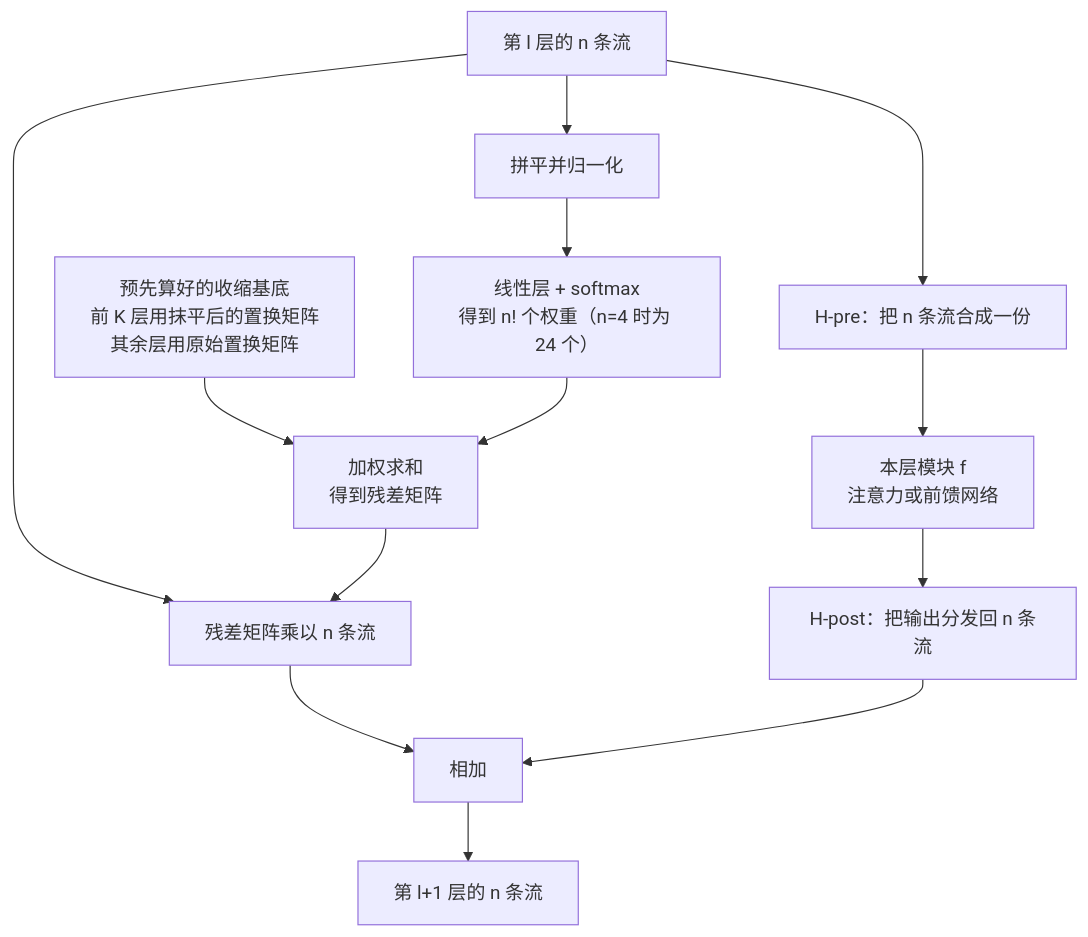
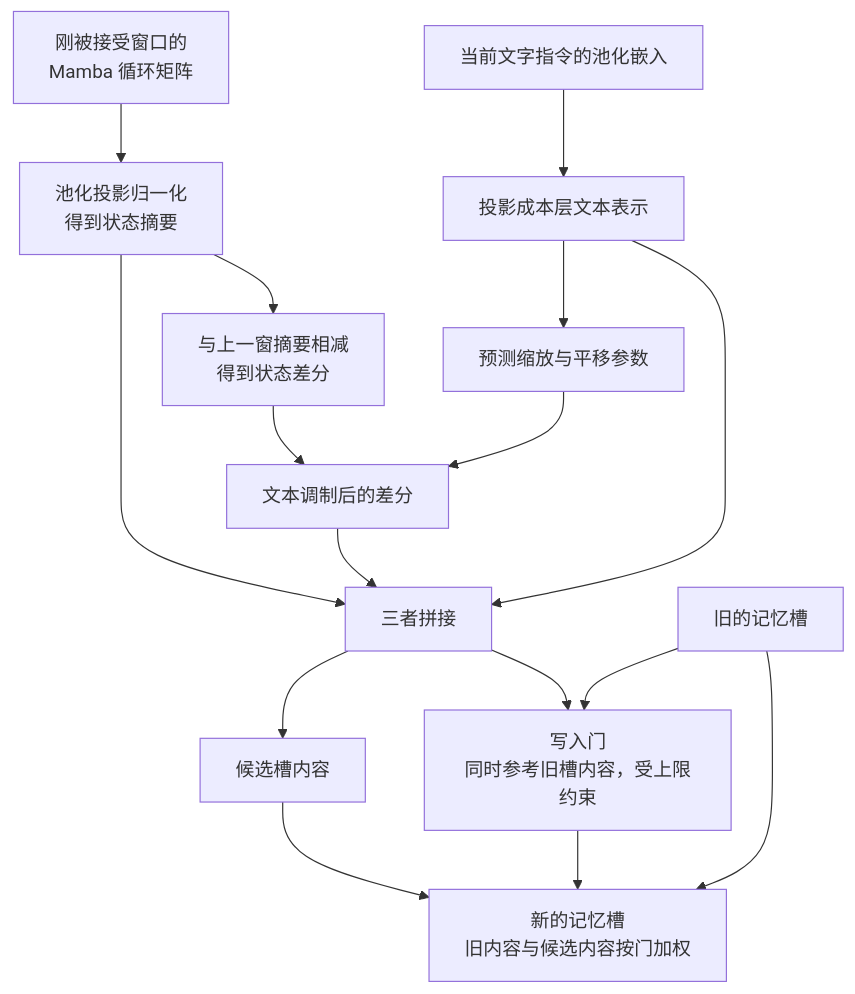
One commit to yingwang/paper-reads changed the third of 4 diagrams in docs/index.md. Above: the diagram before and after it, drawn with Mermaid. The commit also changed other lines of this file and 2 other files, not shown here.

First line of the commit message:
Add 2026-11-24-motion-mamba-2-autoregressive-diffusion-mamba-humanoid-control

````diff
--- a/docs/index.md
+++ b/docs/index.md
@@ -123,15 +142,18 @@
 ```mermaid
 flowchart TB
-    X["第 l 层的 n 条流"] --> N["拼平并归一化"]
-    N --> A["线性层 + softmax<br/>得到 n! 个权重（n=4 时为 24 个）"]
-    B["预先算好的收缩基底<br/>前 K 层用抹平后的置换矩阵<br/>其余层用原始置换矩阵"] --> H
-    A --> H["加权求和<br/>得到残差矩阵"]
-    X --> PRE["H-pre：把 n 条流合成一份"]
-    PRE --> F["本层模块 f<br/>注意力或前馈网络"]
-    F --> POST["H-post：把输出分发回 n 条流"]
-    X --> MIX["残差矩阵乘以 n 条流"]
-    H --> MIX
-    MIX --> S["相加"]
-    POST --> S
-    S --> Y["第 l+1 层的 n 条流"]
+    H["刚被接受窗口的<br/>Mamba 循环矩阵"] --> S["池化投影归一化<br/>得到状态摘要"]
+    S --> D["与上一窗摘要相减<br/>得到状态差分"]
+    E["当前文字指令的池化嵌入"] --> EL["投影成本层文本表示"]
+    EL --> FILM["预测缩放与平移参数"]
+    D --> MOD["文本调制后的差分"]
+    FILM --> MOD
+    S --> J["三者拼接"]
+    MOD --> J
+    EL --> J
+    J --> Z["候选槽内容"]
+    J --> W["写入门<br/>同时参考旧槽内容，受上限约束"]
+    P0["旧的记忆槽"] --> W
+    Z --> P1["新的记忆槽<br/>旧内容与候选内容按门加权"]
+    W --> P1
+    P0 --> P1
 ```
````
